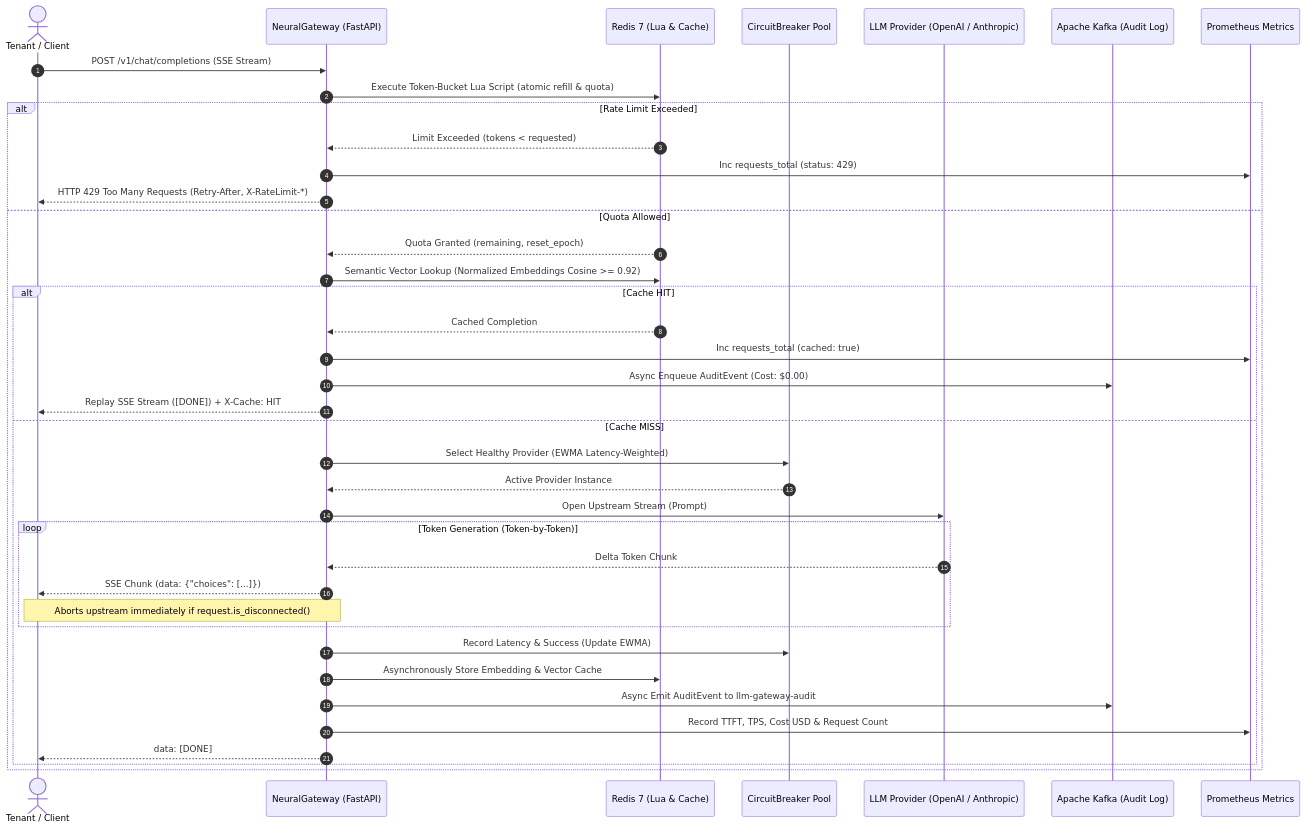
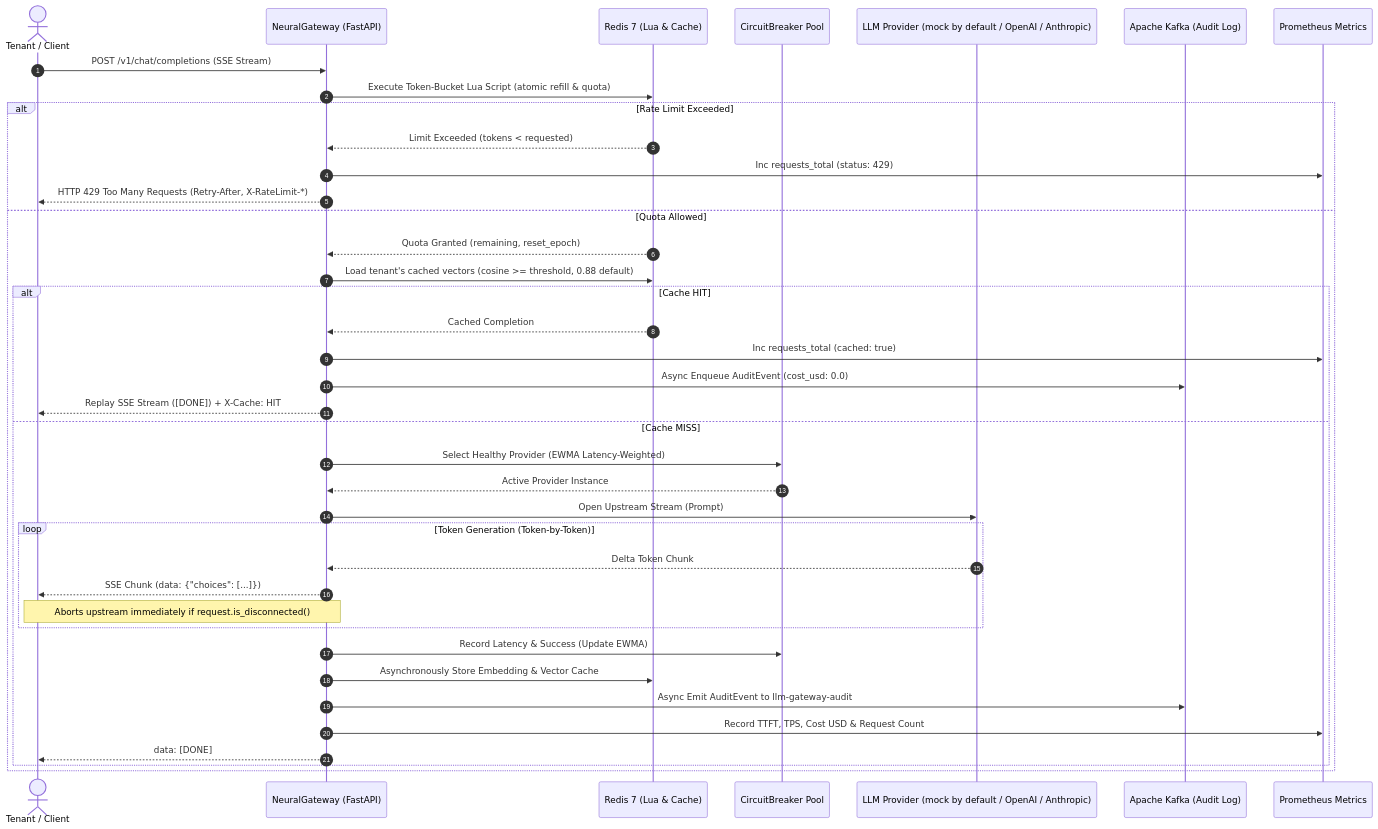
One commit to Charanloyal/neural-gateway changed the diagram in README.md. Above: the diagram before and after it, drawn with Mermaid. The commit also changed other lines of this file and 1 other file, not shown here.

````diff
--- a/README.md
+++ b/README.md
@@ -73,42 +92,42 @@
 ```mermaid
 sequenceDiagram
     autonumber
     actor Tenant as Tenant / Client
     participant GW as NeuralGateway (FastAPI)
     participant Redis as Redis 7 (Lua & Cache)
     participant CB as CircuitBreaker Pool
-    participant Provider as LLM Provider (OpenAI / Anthropic)
+    participant Provider as LLM Provider (mock by default / OpenAI / Anthropic)
     participant Kafka as Apache Kafka (Audit Log)
     participant Prom as Prometheus Metrics
 
     Tenant->>GW: POST /v1/chat/completions (SSE Stream)
     GW->>Redis: Execute Token-Bucket Lua Script (atomic refill & quota)
     alt Rate Limit Exceeded
         Redis-->>GW: Limit Exceeded (tokens < requested)
         GW->>Prom: Inc requests_total (status: 429)
         GW-->>Tenant: HTTP 429 Too Many Requests (Retry-After, X-RateLimit-*)
     else Quota Allowed
         Redis-->>GW: Quota Granted (remaining, reset_epoch)
-        GW->>Redis: Semantic Vector Lookup (Normalized Embeddings Cosine >= 0.92)
+        GW->>Redis: Load tenant's cached vectors (cosine >= threshold, 0.88 default)
         alt Cache HIT
             Redis-->>GW: Cached Completion
             GW->>Prom: Inc requests_total (cached: true)
-            GW->>Kafka: Async Enqueue AuditEvent (Cost: $0.00)
+            GW->>Kafka: Async Enqueue AuditEvent (cost_usd: 0.0)
             GW-->>Tenant: Replay SSE Stream ([DONE]) + X-Cache: HIT
         else Cache MISS
             GW->>CB: Select Healthy Provider (EWMA Latency-Weighted)
             CB-->>GW: Active Provider Instance
             GW->>Provider: Open Upstream Stream (Prompt)
             loop Token Generation (Token-by-Token)
                 Provider-->>GW: Delta Token Chunk
                 GW-->>Tenant: SSE Chunk (data: {"choices": [...]})
                 Note over GW,Tenant: Aborts upstream immediately if request.is_disconnected()
             end
             GW->>CB: Record Latency & Success (Update EWMA)
             GW->>Redis: Asynchronously Store Embedding & Vector Cache
             GW->>Kafka: Async Emit AuditEvent to llm-gateway-audit
             GW->>Prom: Record TTFT, TPS, Cost USD & Request Count
             GW-->>Tenant: data: [DONE]
         end
     end
 ```
````
